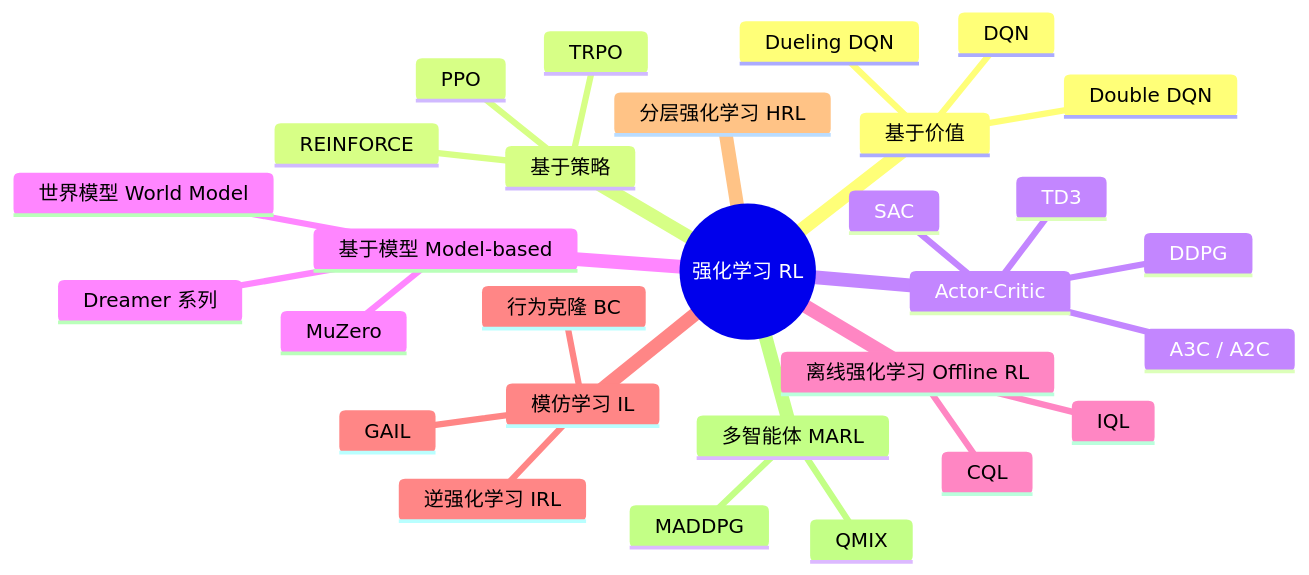
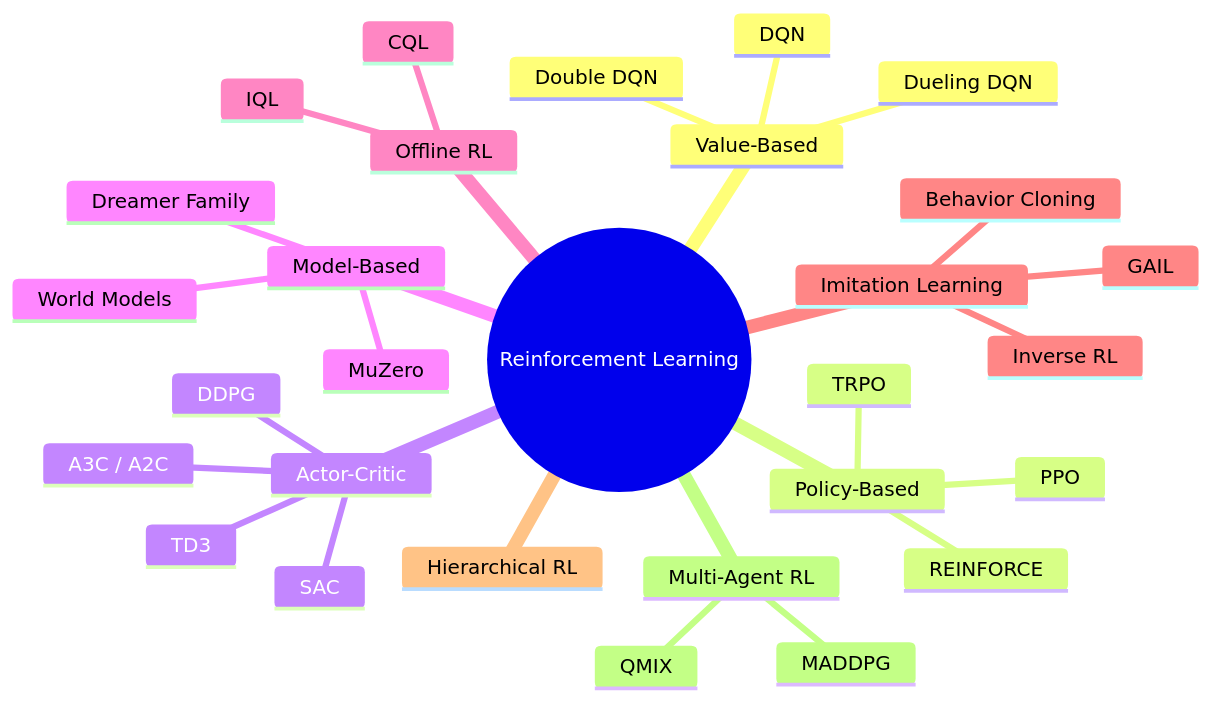
One commit to GrayLee1210/GrayLee1210 changed the third of 7 diagrams in README.md. Above: the diagram before and after it, drawn with Mermaid. The commit also changed other lines of this file and 1 other file, not shown here.

````diff
--- a/README.md
+++ b/README.md
@@ -84,32 +97,32 @@
 ```mermaid
 mindmap
-  root((强化学习 RL))
-    基于价值
+  root((Reinforcement Learning))
+    Value-Based
       DQN
       Double DQN
       Dueling DQN
-    基于策略
+    Policy-Based
       REINFORCE
       TRPO
       PPO
     Actor-Critic
       A3C / A2C
       DDPG
       TD3
       SAC
-    基于模型 Model-based
-      Dreamer 系列
+    Model-Based
+      Dreamer Family
       MuZero
-      世界模型 World Model
-    离线强化学习 Offline RL
+      World Models
+    Offline RL
       CQL
       IQL
-    模仿学习 IL
-      行为克隆 BC
-      逆强化学习 IRL
+    Imitation Learning
+      Behavior Cloning
+      Inverse RL
       GAIL
-    分层强化学习 HRL
-    多智能体 MARL
+    Hierarchical RL
+    Multi-Agent RL
       MADDPG
       QMIX
 ```
````
